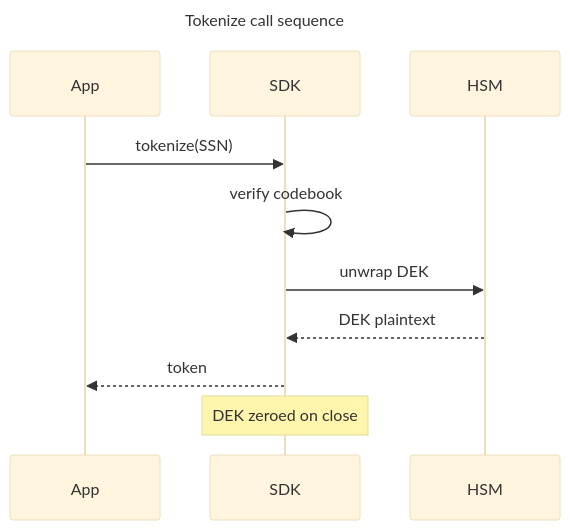
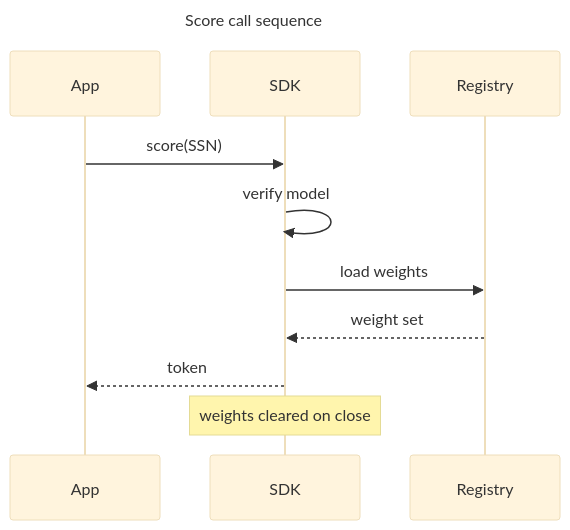
Before and after one commit to SlideWright/lattice: the second of 25 diagrams in lib/components/diagram/diagram/diagram.gallery.md, drawn with Mermaid (base theme). The commit also changed other lines of this file and 4 other files, not shown here.

First line of the commit message:
content: re-theme the diagram + baseline showcase decks off codebook

````diff
--- a/lib/components/diagram/diagram/diagram.gallery.md
+++ b/lib/components/diagram/diagram/diagram.gallery.md
@@ -82,15 +82,15 @@
 ```mermaid
 ---
-title: Tokenize call sequence
+title: Score call sequence
 ---
 sequenceDiagram
   participant App
   participant SDK
-  participant HSM
-  App->>SDK: tokenize(SSN)
-  SDK->>SDK: verify codebook
-  SDK->>HSM: unwrap DEK
-  HSM-->>SDK: DEK plaintext
+  participant Registry
+  App->>SDK: score(SSN)
+  SDK->>SDK: verify model
+  SDK->>Registry: load weights
+  Registry-->>SDK: weight set
   SDK-->>App: token
-  Note over SDK: DEK zeroed on close
+  Note over SDK: weights cleared on close
 ```
````
